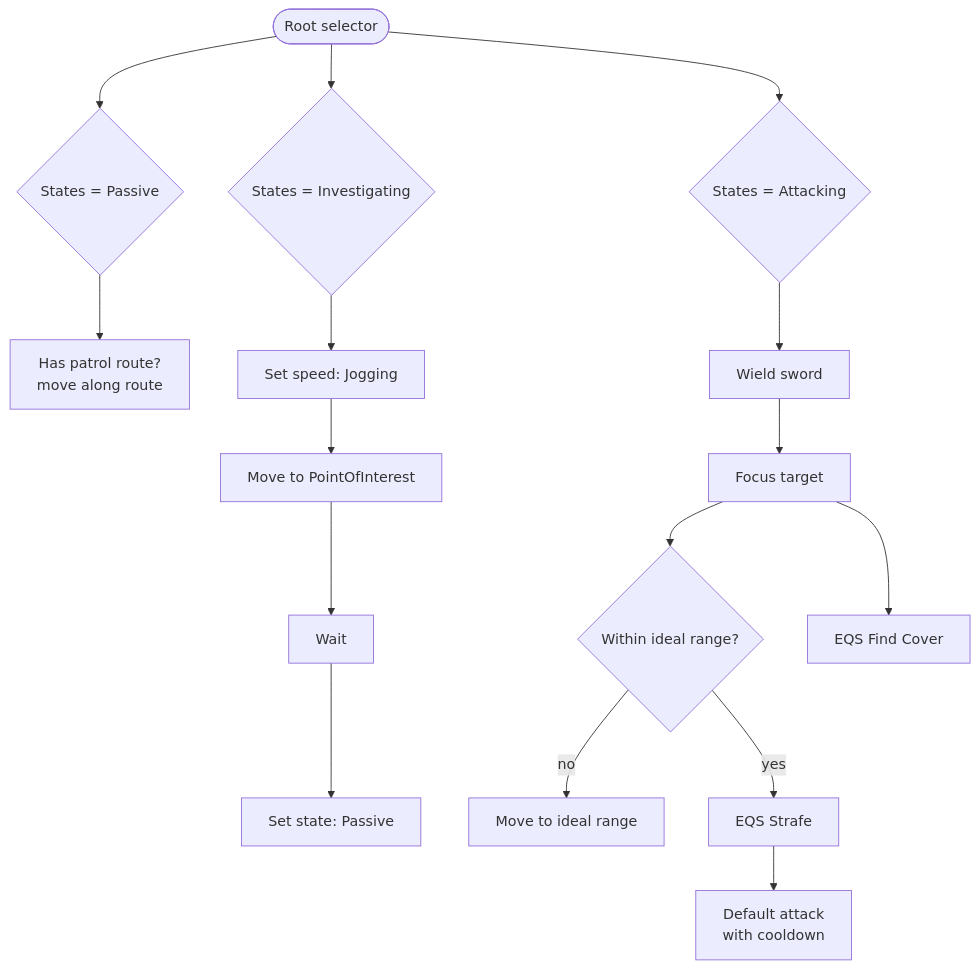
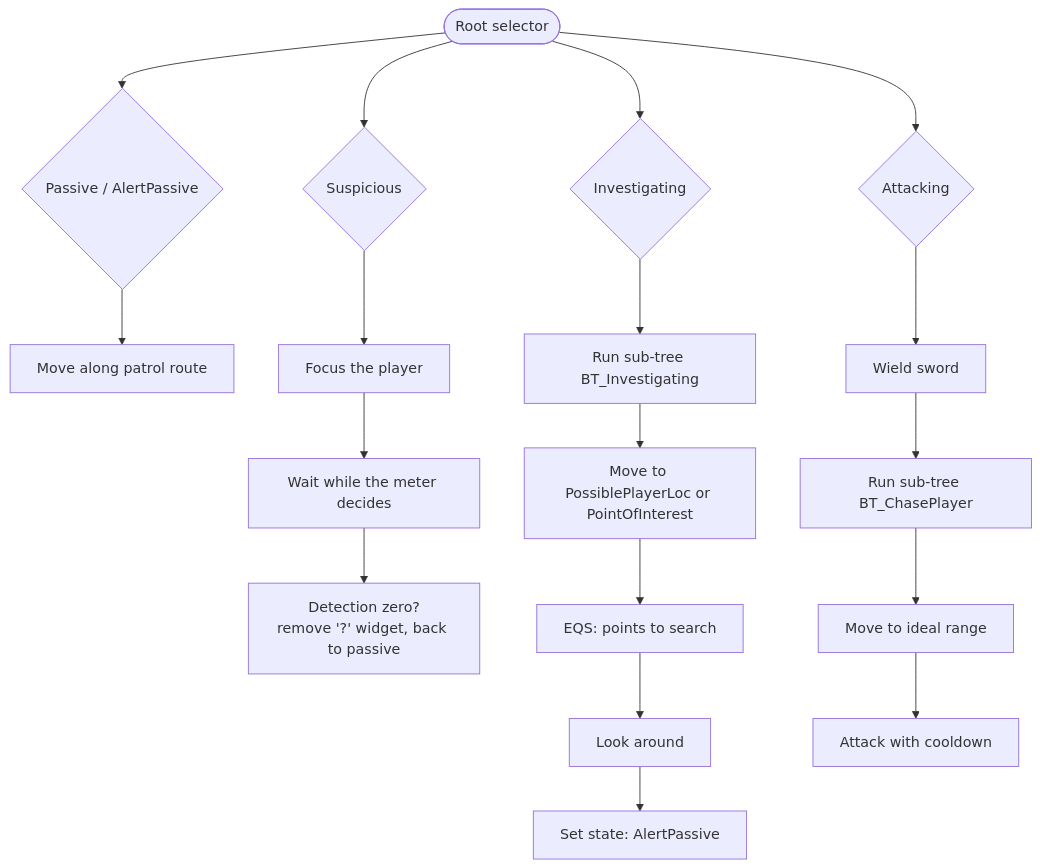
Before and after one commit to ibrahim0enes/UE5-Smart-AI-System: the second of 2 diagrams in README.md, drawn with Mermaid. The commit also changed other lines of this file and 147 other files, not shown here.

Commit message:
Replace project with the stealth AI showcase (detection meter, disguise zones, predicted search)

````diff
--- a/README.md
+++ b/README.md
@@ -64,13 +67,13 @@
 ```mermaid
 flowchart TD
-    R([Root selector]) --> P{States = Passive}
-    R --> I{States = Investigating}
-    R --> A{States = Attacking}
-    P --> P1[Has patrol route?<br/>move along route]
-    I --> I1[Set speed: Jogging] --> I2[Move to PointOfInterest] --> I3[Wait] --> I4[Set state: Passive]
-    A --> A1[Wield sword] --> A2[Focus target]
-    A2 --> A3{Within ideal range?}
-    A3 -- no --> A4[Move to ideal range]
-    A3 -- yes --> A5[EQS Strafe] --> A6[Default attack<br/>with cooldown]
-    A2 --> A7[EQS Find Cover]
+    R([Root selector]) --> P{Passive / AlertPassive}
+    R --> S{Suspicious}
+    R --> I{Investigating}
+    R --> A{Attacking}
+    P --> P1[Move along patrol route]
+    S --> S1[Focus the player] --> S2[Wait while the meter decides] --> S3[Detection zero?<br/>remove '?' widget, back to passive]
+    I --> I1[Run sub-tree BT_Investigating]
+    I1 --> I2[Move to PossiblePlayerLoc or PointOfInterest] --> I3[EQS: points to search] --> I4[Look around] --> I5[Set state: AlertPassive]
+    A --> A1[Wield sword] --> A2[Run sub-tree BT_ChasePlayer]
+    A2 --> A3[Move to ideal range] --> A4[Attack with cooldown]
 ```
````
